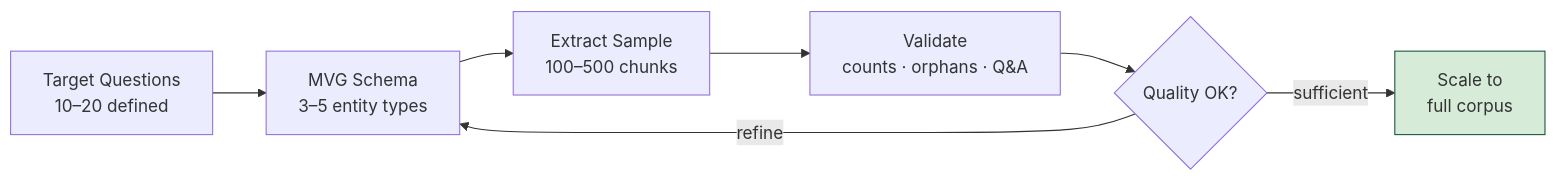
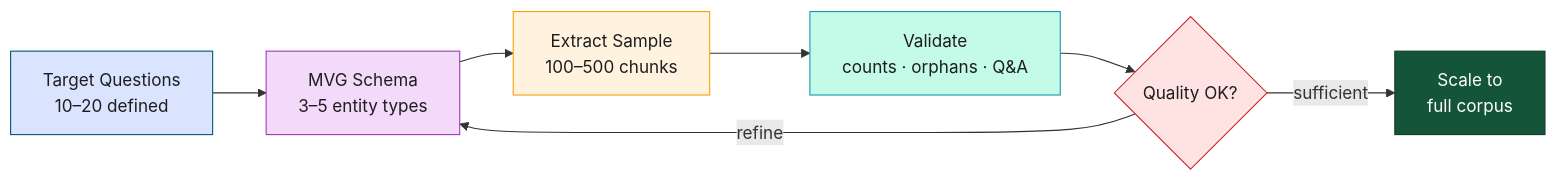
One commit to joy-neo4j/graph-intelligence-agent changed the tenth of 13 diagrams in outputs/Graph_Intelligence_Technical_DeepDive.md. Above: the diagram before and after it, drawn with Mermaid. The commit also changed other lines of this file and 1 other file, not shown here.

First line of the commit message:
style(diagrams): restyle all Mermaid diagrams for contrast and colour

````diff
--- a/outputs/Graph_Intelligence_Technical_DeepDive.md
+++ b/outputs/Graph_Intelligence_Technical_DeepDive.md
@@ -644,10 +678,15 @@
 ```mermaid
 flowchart LR
     Q["Target Questions<br/>10–20 defined"] --> S["MVG Schema<br/>3–5 entity types"]
     S --> E["Extract Sample<br/>100–500 chunks"]
     E --> V["Validate<br/>counts · orphans · Q&A"]
     V --> A{Quality OK?}
     A -->|refine| S
     A -->|sufficient| Scale["Scale to<br/>full corpus"]
-    style Scale fill:#D6ECD8,stroke:#145439
+    style Q fill:#dbe4ff,stroke:#005073,color:#1e1e1e
+    style S fill:#f3d9fa,stroke:#9c36b5,color:#1e1e1e
+    style E fill:#fff3e0,stroke:#f59f00,color:#1e1e1e
+    style V fill:#c3fae8,stroke:#1098ad,color:#1e1e1e
+    style A fill:#ffe3e3,stroke:#c92a2a,color:#1e1e1e
+    style Scale fill:#145439,stroke:#0d3a26,color:#fff
 ```
````
